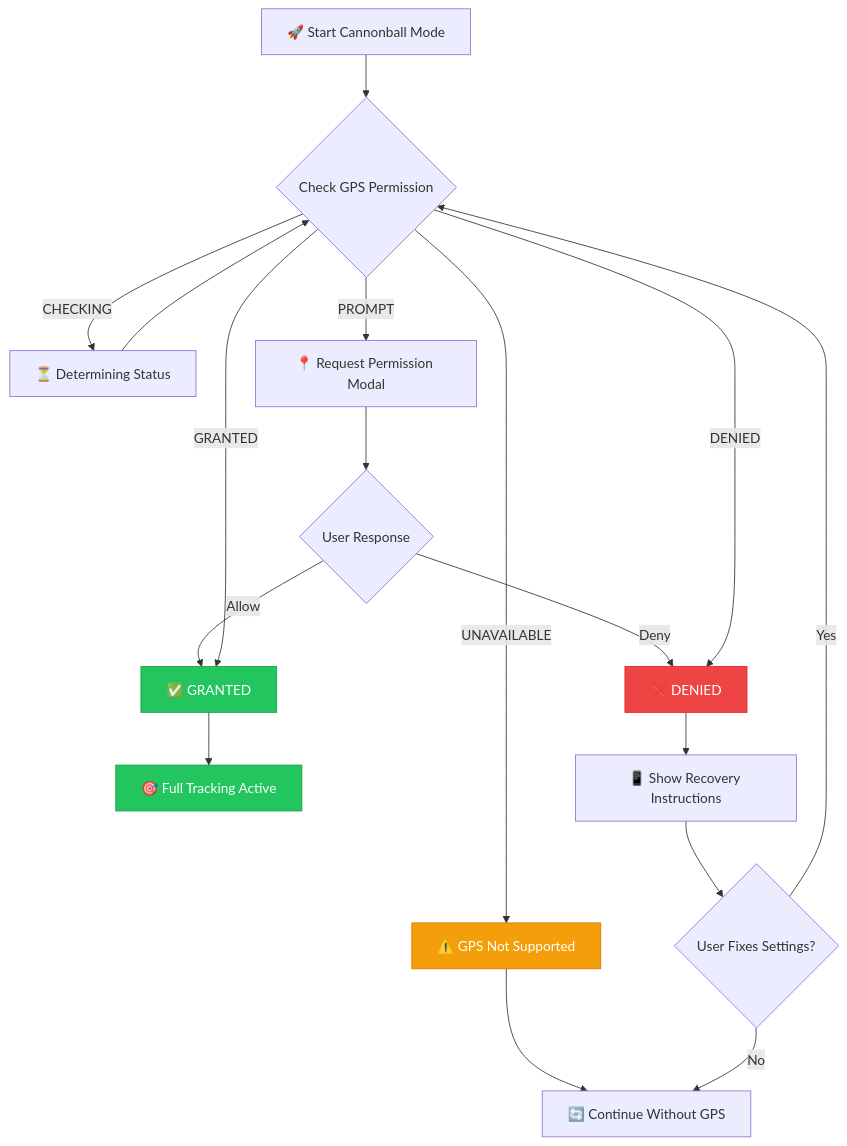
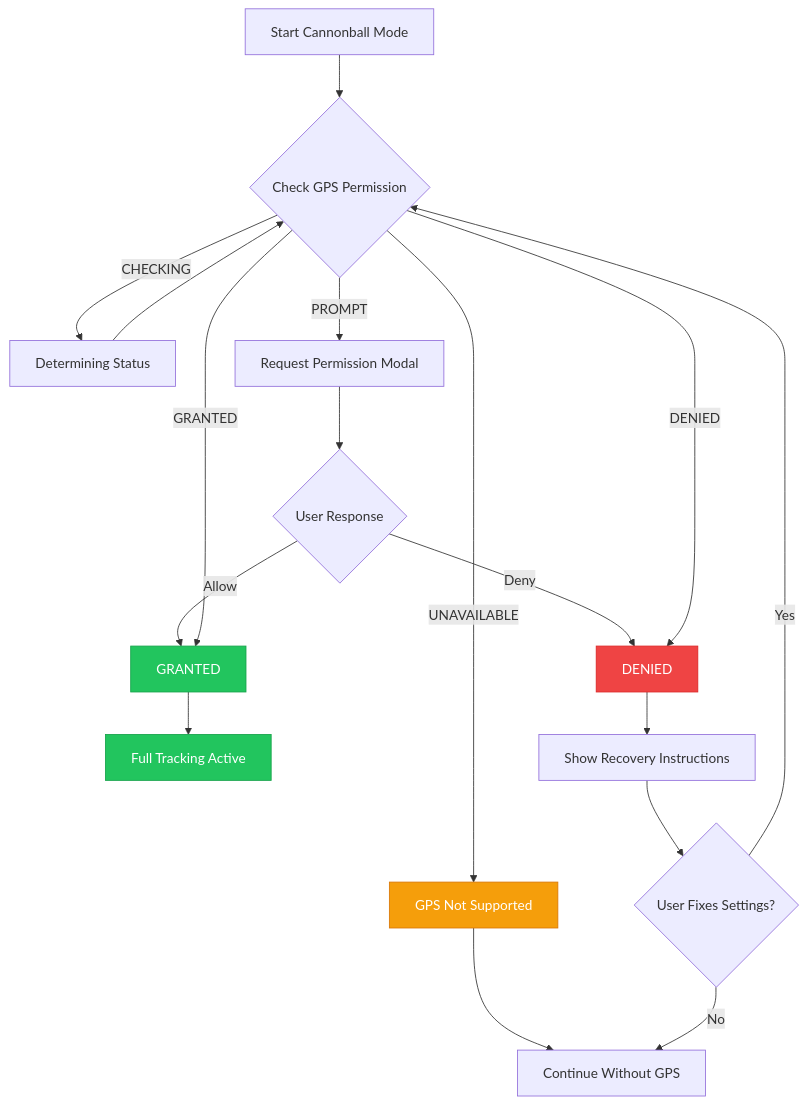
Before and after one commit to CHA0S-CORP/SkySpyDocs: the second of 6 diagrams in docs/features/cannonball-mode.md, drawn with Mermaid. The commit also changed other lines of this file, not shown here.

Commit message:
Update doc `cannonball-mode`

````diff
--- a/docs/features/cannonball-mode.md
+++ b/docs/features/cannonball-mode.md
@@ -200,24 +162,24 @@
 ```mermaid
 flowchart TD
-    A[🚀 Start Cannonball Mode] --> B{Check GPS Permission}
-    B -->|CHECKING| C[⏳ Determining Status]
+    A[Start Cannonball Mode] --> B{Check GPS Permission}
+    B -->|CHECKING| C[Determining Status]
     C --> B
-    B -->|PROMPT| D[📍 Request Permission Modal]
+    B -->|PROMPT| D[Request Permission Modal]
     D --> E{User Response}
-    E -->|Allow| F[✅ GRANTED]
-    E -->|Deny| G[❌ DENIED]
+    E -->|Allow| F[GRANTED]
+    E -->|Deny| G[DENIED]
     B -->|GRANTED| F
     B -->|DENIED| G
-    B -->|UNAVAILABLE| H[⚠️ GPS Not Supported]
-    F --> I[🎯 Full Tracking Active]
-    G --> J[📱 Show Recovery Instructions]
-    H --> K[🔄 Continue Without GPS]
+    B -->|UNAVAILABLE| H[GPS Not Supported]
+    F --> I[Full Tracking Active]
+    G --> J[Show Recovery Instructions]
+    H --> K[Continue Without GPS]
     J --> L{User Fixes Settings?}
     L -->|Yes| B
     L -->|No| K
 
     style F fill:#22c55e,stroke:#16a34a,color:#fff
     style G fill:#ef4444,stroke:#dc2626,color:#fff
     style H fill:#f59e0b,stroke:#d97706,color:#fff
     style I fill:#22c55e,stroke:#16a34a,color:#fff
 ```
````
